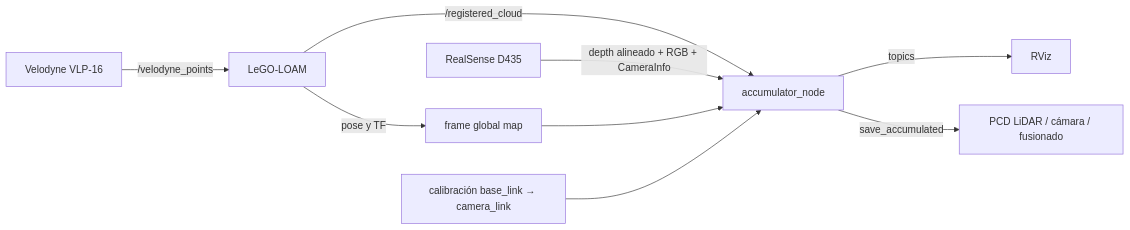
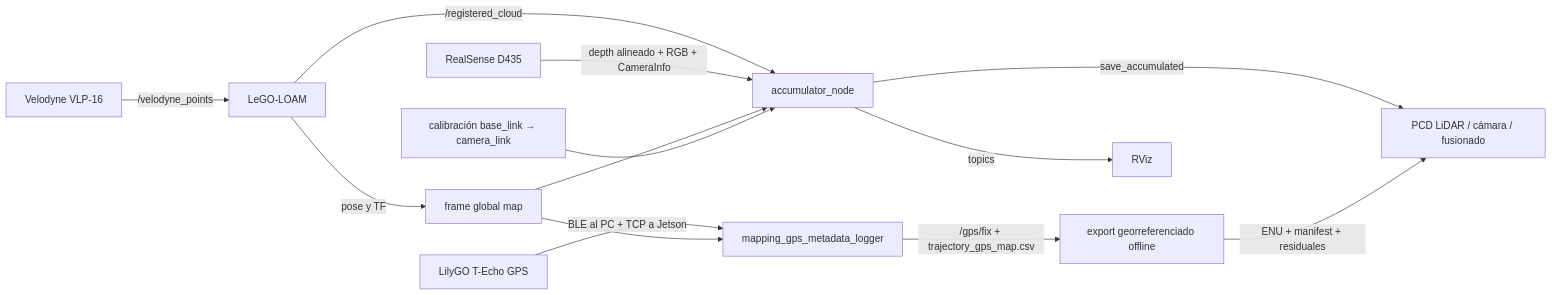
The diagram in README.md (acastilla-uma/AGV-Mapping), drawn with Mermaid before and after one commit. The commit also changed other lines of this file and 13 other files, not shown here.

````diff
--- a/README.md
+++ b/README.md
@@ -26,11 +26,15 @@
 ```mermaid
 flowchart LR
     V["Velodyne VLP-16"] -->|/velodyne_points| L["LeGO-LOAM"]
     L -->|/registered_cloud| A["accumulator_node"]
     L -->|pose y TF| T["frame global map"]
     R["RealSense D435"] -->|depth alineado + RGB + CameraInfo| A
+    G["LilyGO T-Echo GPS"] -->|BLE al PC + TCP a Jetson| M["mapping_gps_metadata_logger"]
+    M -->|/gps/fix + trajectory_gps_map.csv| E["export georreferenciado offline"]
     T --> A
+    T --> M
     C["calibración base_link → camera_link"] --> A
     A -->|topics| Z["RViz"]
     A -->|save_accumulated| P["PCD LiDAR / cámara / fusionado"]
+    E -->|ENU + manifest + residuales| P
 ```
````
